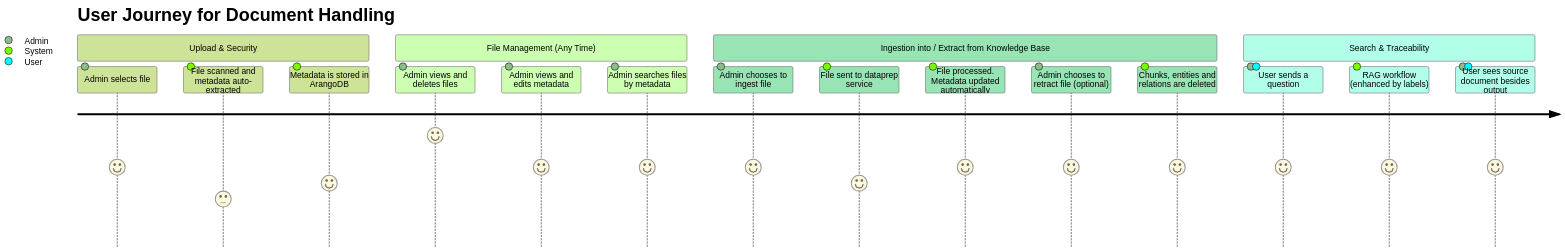
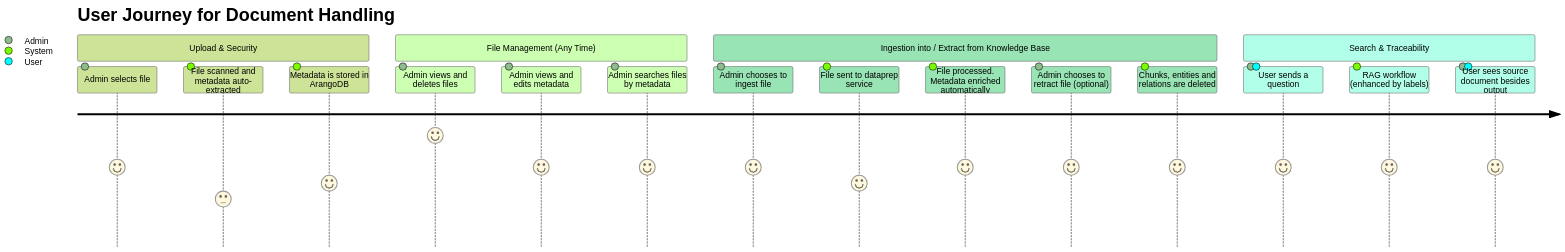
One commit to jrevillard/genie-ai-replica changed the first of 2 diagrams in components/document-repository/README.md. Above: the diagram before and after it, drawn with Mermaid. The commit also changed other lines of this file and 27 other files, not shown here.

````diff
--- a/components/document-repository/README.md
+++ b/components/document-repository/README.md
@@ -5,27 +5,27 @@
 ```mermaid
 %%{init: {'theme':'forest'}}%%
 journey
     title User Journey for Document Handling
 
     section Upload & Security
         Admin selects file: 5:Admin
         File scanned and metadata auto-extracted: 3:System
         Metadata is stored in ArangoDB: 4:System
 
     section File Management (Any Time)
         Admin views and deletes files: 7:Admin
         Admin views and edits metadata: 5:Admin
         Admin searches files by metadata: 5:Admin
 
     section Ingestion into / Extract from Knowledge Base
         Admin chooses to ingest file: 5:Admin
         File sent to dataprep service: 4:System
-        File processed. Metadata updated automatically: 5:System
+        File processed. Metadata enriched automatically: 5:System
         Admin chooses to retract file (optional): 5:Admin
         Chunks, entities and relations are deleted: 5:System
 
     section Search & Traceability
         User sends a question: 5:Admin, User
         RAG workflow (enhanced by labels): 5:System
         User sees source document besides output: 5:Admin, User
 ```
````
